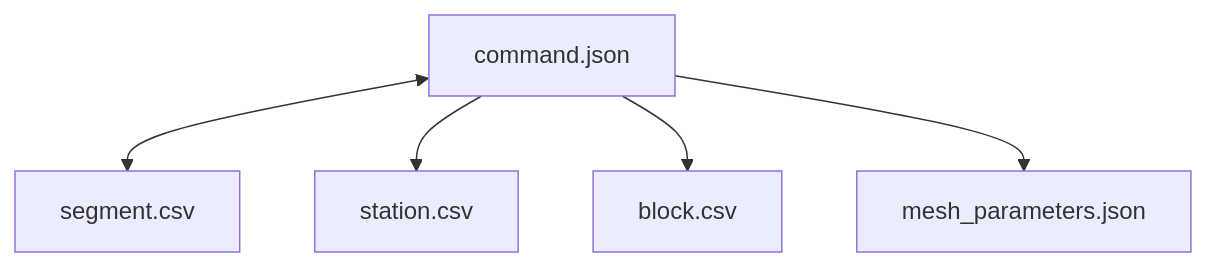
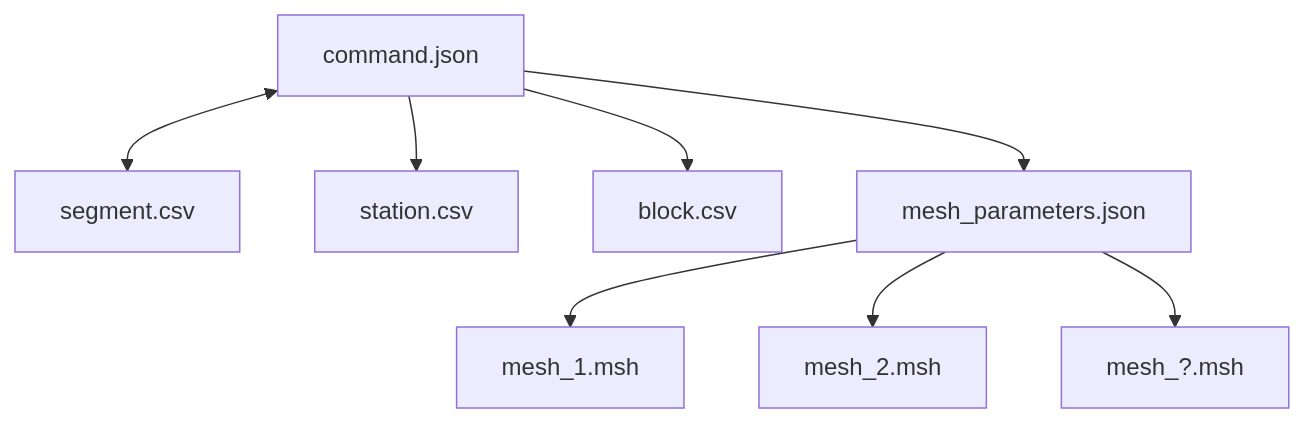
Before and after one commit to brendanjmeade/celeri: the diagram in README.md, drawn with Mermaid.

Commit message:
Adding mesh files

````diff
--- a/README.md
+++ b/README.md
@@ -23,7 +23,10 @@
 ```mermaid
   flowchart TD;
       command.json<-->segment.csv;
       command.json-->station.csv;
       command.json-->block.csv;
       command.json-->mesh_parameters.json;
+      mesh_parameters.json-->mesh_1.msh;
+      mesh_parameters.json-->mesh_2.msh;
+      mesh_parameters.json-->mesh_?.msh;
 ```
````
